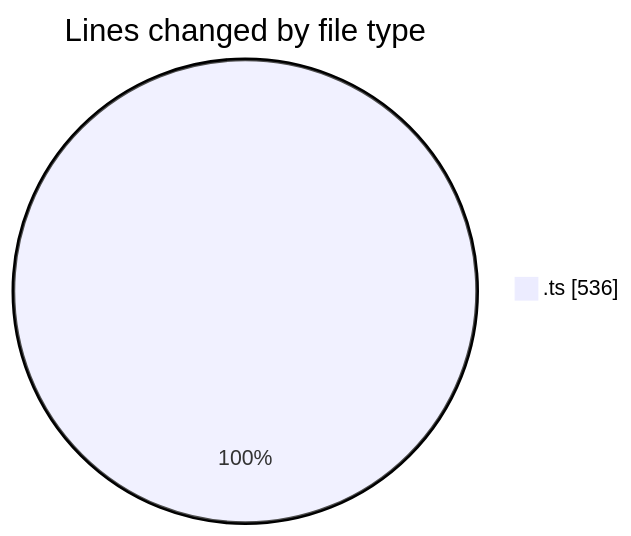
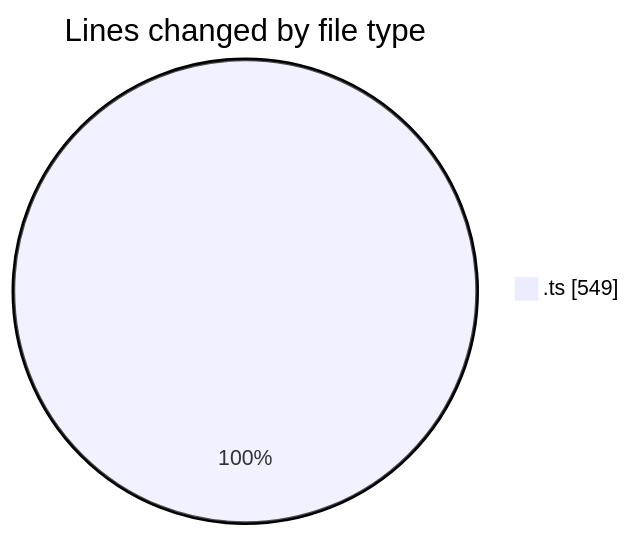
The first of 2 diagrams in 2025-06-24/cda/README.md (momahboobian/code-tracking), drawn with Mermaid before and after one commit. The commit also changed other lines of this file and 1 other file, not shown here.

````diff
--- a/2025-06-24/cda/README.md
+++ b/2025-06-24/cda/README.md
@@ -20,5 +20,5 @@
 ```mermaid
 pie showData
 title Lines changed by file type
-".ts" : 536
+".ts" : 549
 ```
````
